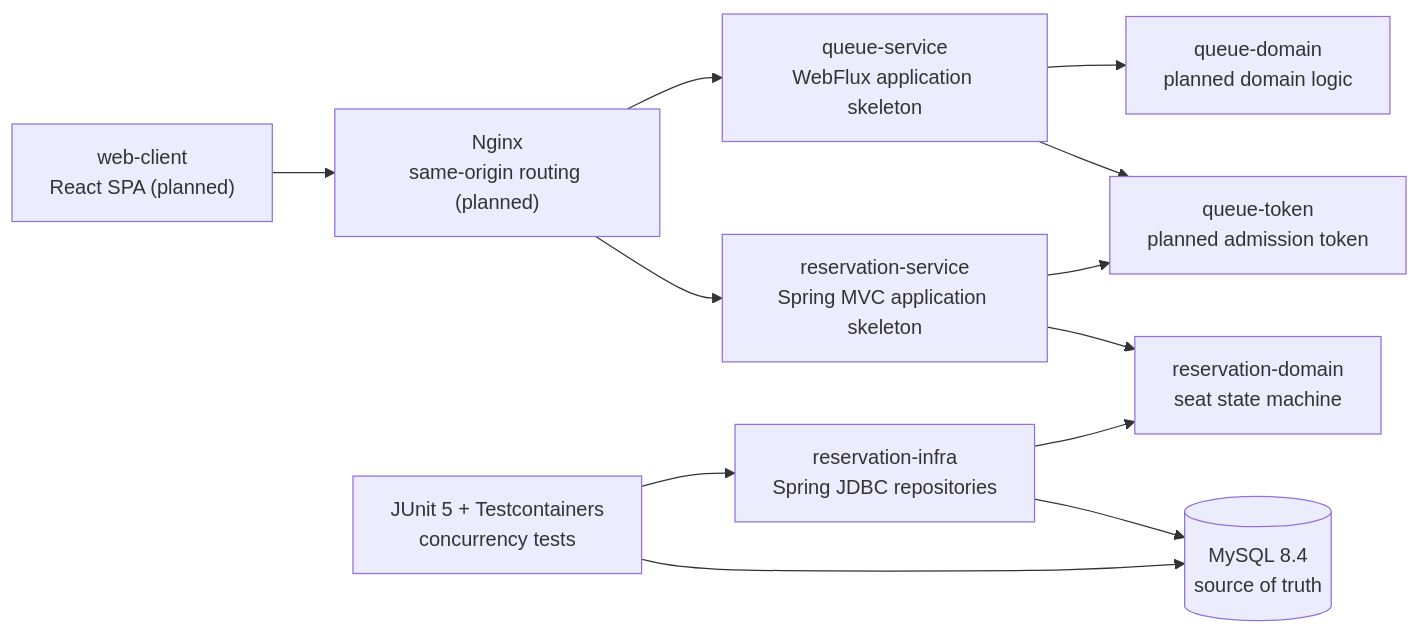
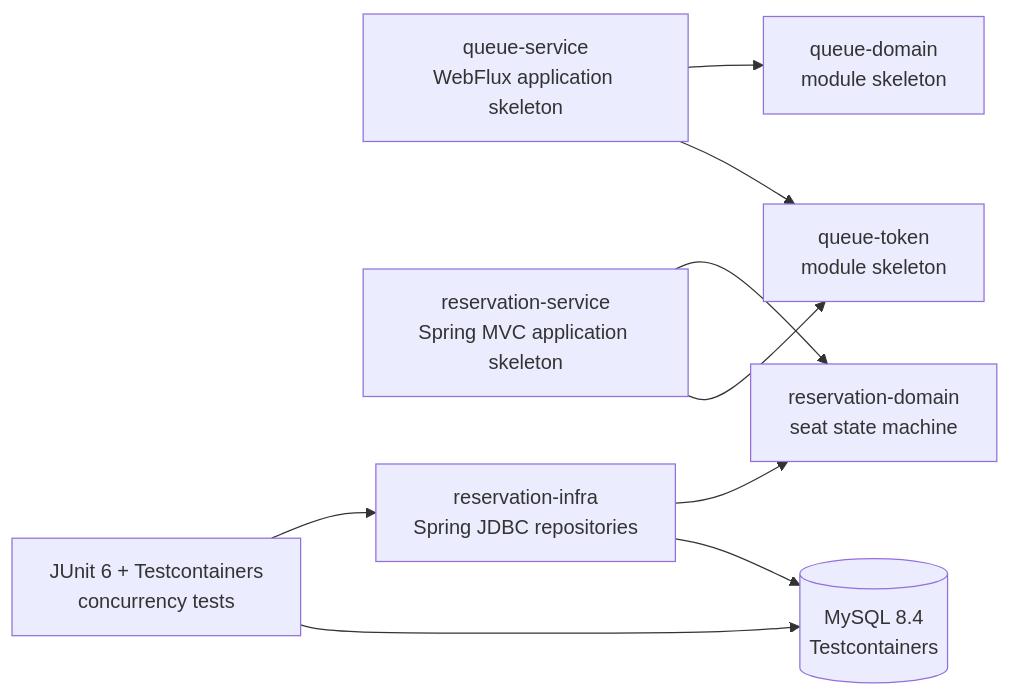
Before and after one commit to whdkfhr/rail-gate: the diagram in README.md, drawn with Mermaid. The commit also changed other lines of this file, not shown here.

````diff
--- a/README.md
+++ b/README.md
@@ -55,25 +66,20 @@
 ```mermaid
 flowchart LR
     QS["queue-service<br/>WebFlux application skeleton"]
     RS["reservation-service<br/>Spring MVC application skeleton"]
-    QD["queue-domain<br/>planned domain logic"]
-    QT["queue-token<br/>planned admission token"]
+    QD["queue-domain<br/>module skeleton"]
+    QT["queue-token<br/>module skeleton"]
     RD["reservation-domain<br/>seat state machine"]
     RI["reservation-infra<br/>Spring JDBC repositories"]
-    DB[("MySQL 8.4<br/>source of truth")]
-    TC["JUnit 5 + Testcontainers<br/>concurrency tests"]
-    WEB["web-client<br/>React SPA (planned)"]
-    EDGE["Nginx<br/>same-origin routing (planned)"]
+    DB[("MySQL 8.4<br/>Testcontainers")]
+    TC["JUnit 6 + Testcontainers<br/>concurrency tests"]
 
-    WEB --> EDGE
-    EDGE --> QS
-    EDGE --> RS
     QS --> QD
     QS --> QT
     RS --> RD
     RS --> QT
     RI --> RD
     RI --> DB
     TC --> RI
     TC --> DB
 ```
````
